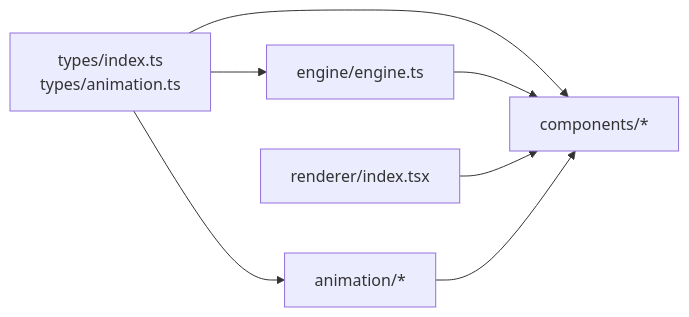
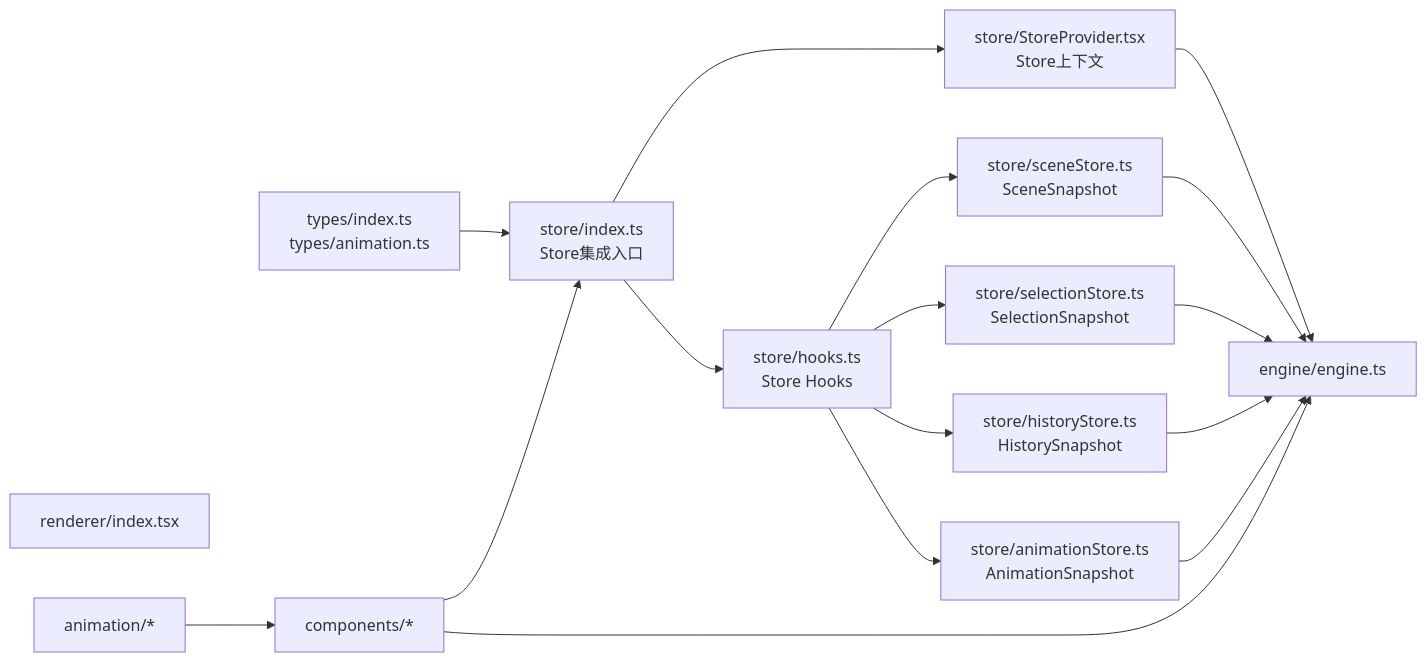
The tenth of 10 diagrams in .qoder/repowiki/zh/content/核心架构/组件交互.md (Anna0314zy/ai_editor_enginer), drawn with Mermaid before and after one commit. The commit also changed other lines of this file and 17 other files, not shown here.

````diff
--- a/.qoder/repowiki/zh/content/核心架构/组件交互.md
+++ b/.qoder/repowiki/zh/content/核心架构/组件交互.md
@@ -369,14 +516,30 @@
 ```mermaid
 graph LR
 TYPES["types/index.ts<br/>types/animation.ts"]
+STORE["store/index.ts<br/>Store集成入口"]
+STOREPROVIDER["store/StoreProvider.tsx<br/>Store上下文"]
+HOOKS["store/hooks.ts<br/>Store Hooks"]
+SCENESTORE["store/sceneStore.ts<br/>SceneSnapshot"]
+SELSTORE["store/selectionStore.ts<br/>SelectionSnapshot"]
+HISTSTORE["store/historyStore.ts<br/>HistorySnapshot"]
+ANIMSTORE["store/animationStore.ts<br/>AnimationSnapshot"]
 ENGINE["engine/engine.ts"]
 RENDER["renderer/index.tsx"]
 COMPONENTS["components/*"]
 ANIMATION["animation/*"]
-TYPES --> ENGINE
-TYPES --> COMPONENTS
-TYPES --> ANIMATION
-ENGINE --> COMPONENTS
-RENDER --> COMPONENTS
+TYPES --> STORE
+STORE --> STOREPROVIDER
+STORE --> HOOKS
+HOOKS --> SCENESTORE
+HOOKS --> SELSTORE
+HOOKS --> HISTSTORE
+HOOKS --> ANIMSTORE
+STOREPROVIDER --> ENGINE
+SCENESTORE --> ENGINE
+SELSTORE --> ENGINE
+HISTSTORE --> ENGINE
+ANIMSTORE --> ENGINE
+COMPONENTS --> STORE
+COMPONENTS --> ENGINE
 ANIMATION --> COMPONENTS
 ```
````
